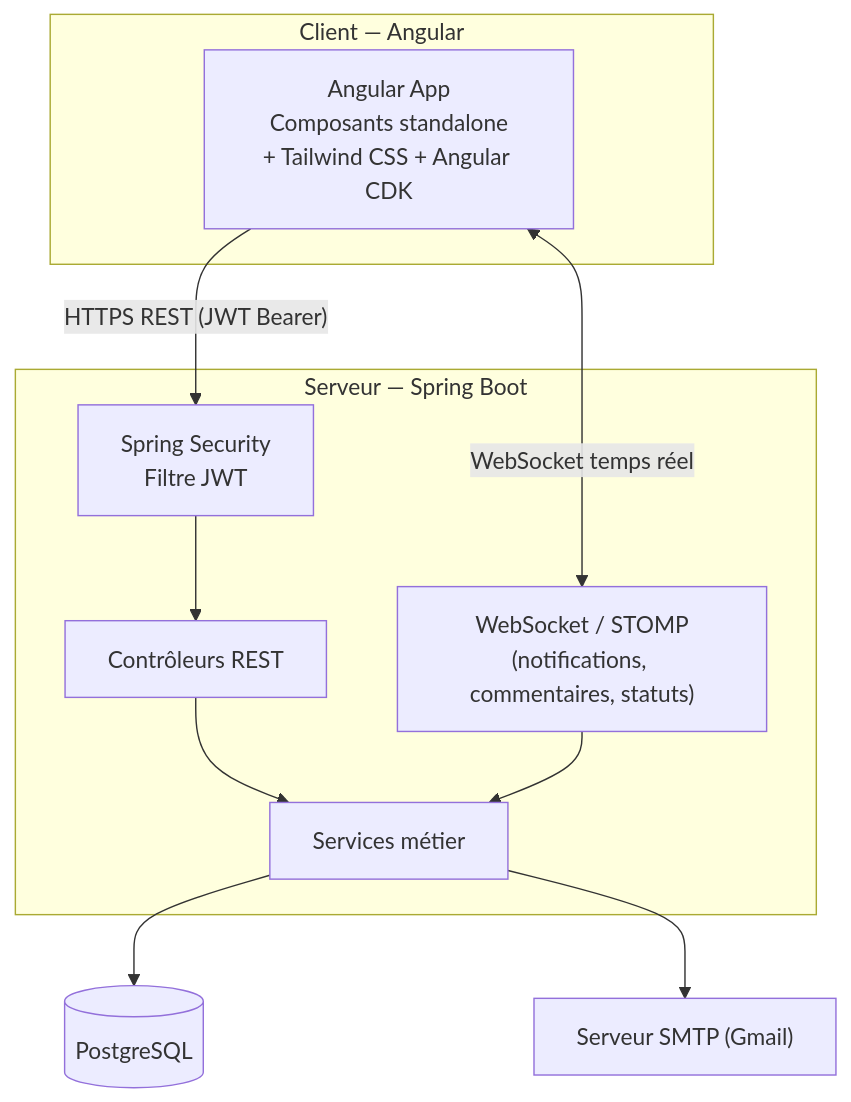
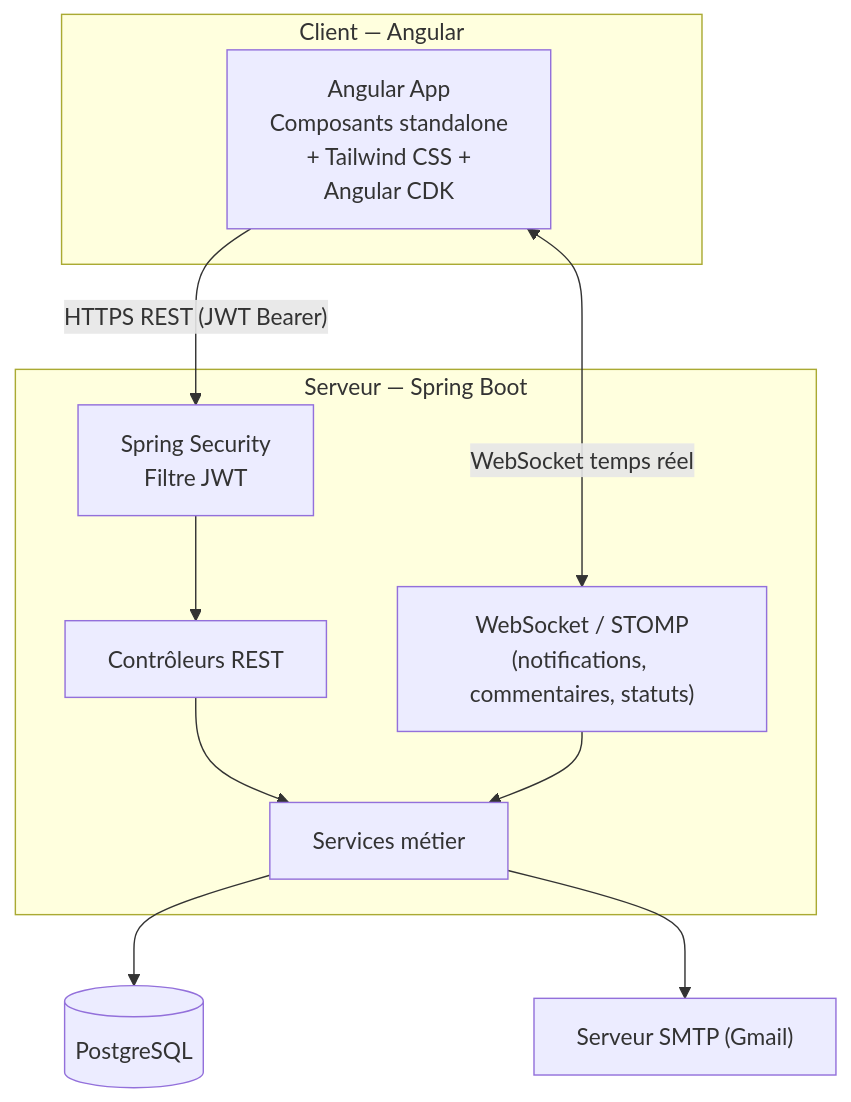
Before and after one commit to sghaierchahd9-cmd/CollabHub: the first of 2 diagrams in README.md, drawn with Mermaid.

Commit message:
Fix formatting in README.md for mermaid graph

````diff
--- a/README.md
+++ b/README.md
@@ -87,25 +87,26 @@
 ```mermaid
 graph TB
     subgraph Client["Client — Angular"]
         A["Angular App<br/>Composants standalone
-+ Tailwind CSS + Angular CDK"]
++ Tailwind CSS +
+ Angular CDK"]
     end
 
     subgraph Server["Serveur — Spring Boot"]
         SEC["Spring Security<br/>Filtre JWT"]
         CTRL["Contrôleurs REST"]
         SRV["Services métier"]
         WS["WebSocket / STOMP<br/>(notifications, commentaires, statuts)"]
     end
 
     DB[("PostgreSQL")]
     MAIL["Serveur SMTP (Gmail)"]
 
     A -->|"HTTPS REST (JWT Bearer)"| SEC
     SEC --> CTRL
     CTRL --> SRV
     A <-->|"WebSocket temps réel"| WS
     WS --> SRV
     SRV --> DB
     SRV --> MAIL
 ```
````
